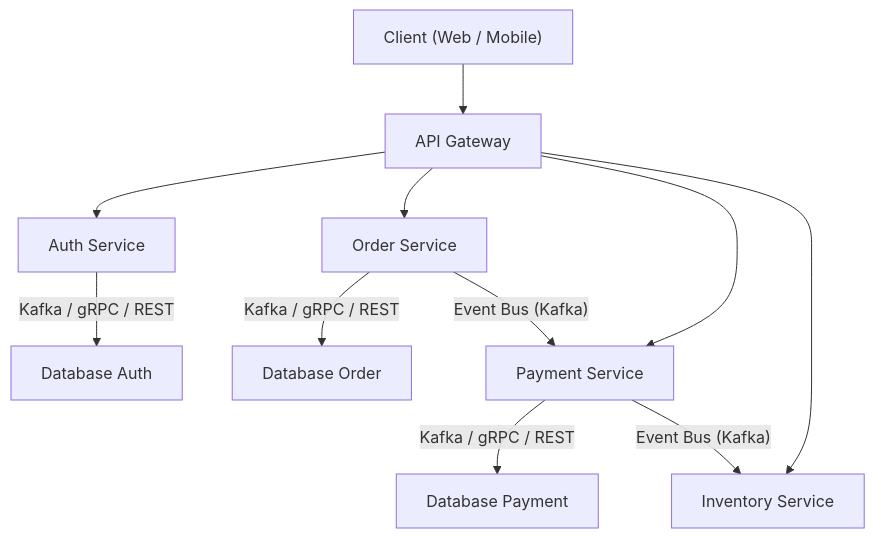
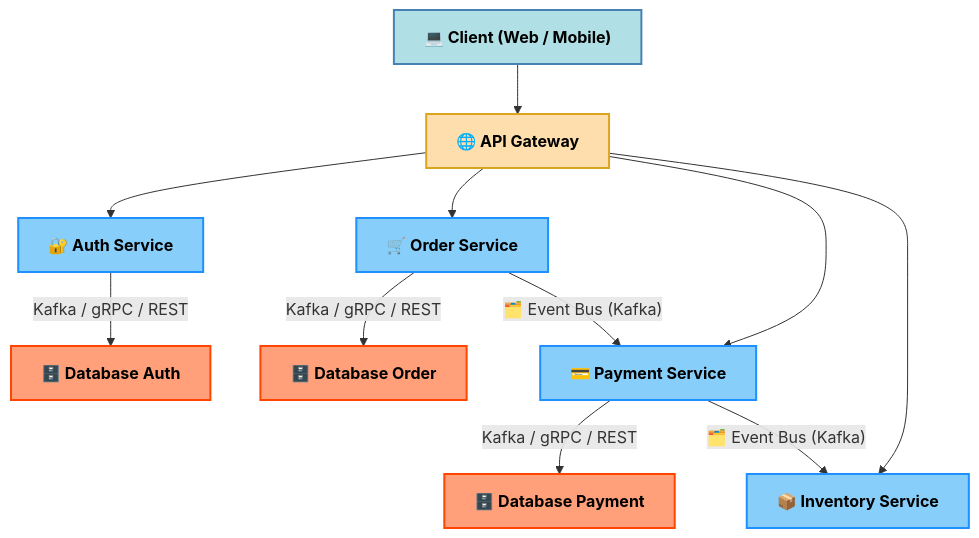
The second of 4 diagrams in lessons/microservice.md (thanhmati/einvoice-backend), drawn with Mermaid before and after one commit. The commit also changed other lines of this file, not shown here.

````diff
--- a/lessons/microservice.md
+++ b/lessons/microservice.md
@@ -81,16 +81,27 @@
 ```mermaid
 graph TD;
-    A["Client (Web / Mobile)"] --> B["API Gateway"];
-    B --> C["Auth Service"];
-    B --> D["Order Service"];
-    B --> E["Payment Service"];
-    B --> F["Inventory Service"];
+    A["💻 Client (Web / Mobile)"] --> B["🌐 API Gateway"];
+    B --> C["🔐 Auth Service"];
+    B --> D["🛒 Order Service"];
+    B --> E["💳 Payment Service"];
+    B --> F["📦 Inventory Service"];
 
-    C -->|Kafka / gRPC / REST| G["Database Auth"];
-    D -->|Kafka / gRPC / REST| H["Database Order"];
-    E -->|Kafka / gRPC / REST| I["Database Payment"];
+    C -->|Kafka / gRPC / REST| G["🗄️ Database Auth"];
+    D -->|Kafka / gRPC / REST| H["🗄️ Database Order"];
+    E -->|Kafka / gRPC / REST| I["🗄️ Database Payment"];
 
-    D -->|"Event Bus (Kafka)"| E;
-    E -->|"Event Bus (Kafka)"| F;
+    D -->|"🗂️ Event Bus (Kafka)"| E;
+    E -->|"🗂️ Event Bus (Kafka)"| F;
+
+    %% Styles
+    classDef db fill:#FFA07A,stroke:#FF4500,stroke-width:2px,color:#000,font-weight:bold
+    class G,H,I db
+    classDef service fill:#87CEFA,stroke:#1E90FF,stroke-width:2px,color:#000,font-weight:bold
+    class C,D,E,F service
+    classDef gateway fill:#FFDEAD,stroke:#DAA520,stroke-width:2px,color:#000,font-weight:bold
+    class B gateway
+    classDef client fill:#B0E0E6,stroke:#4682B4,stroke-width:2px,color:#000,font-weight:bold
+    class A client
+
 
 ```
````
